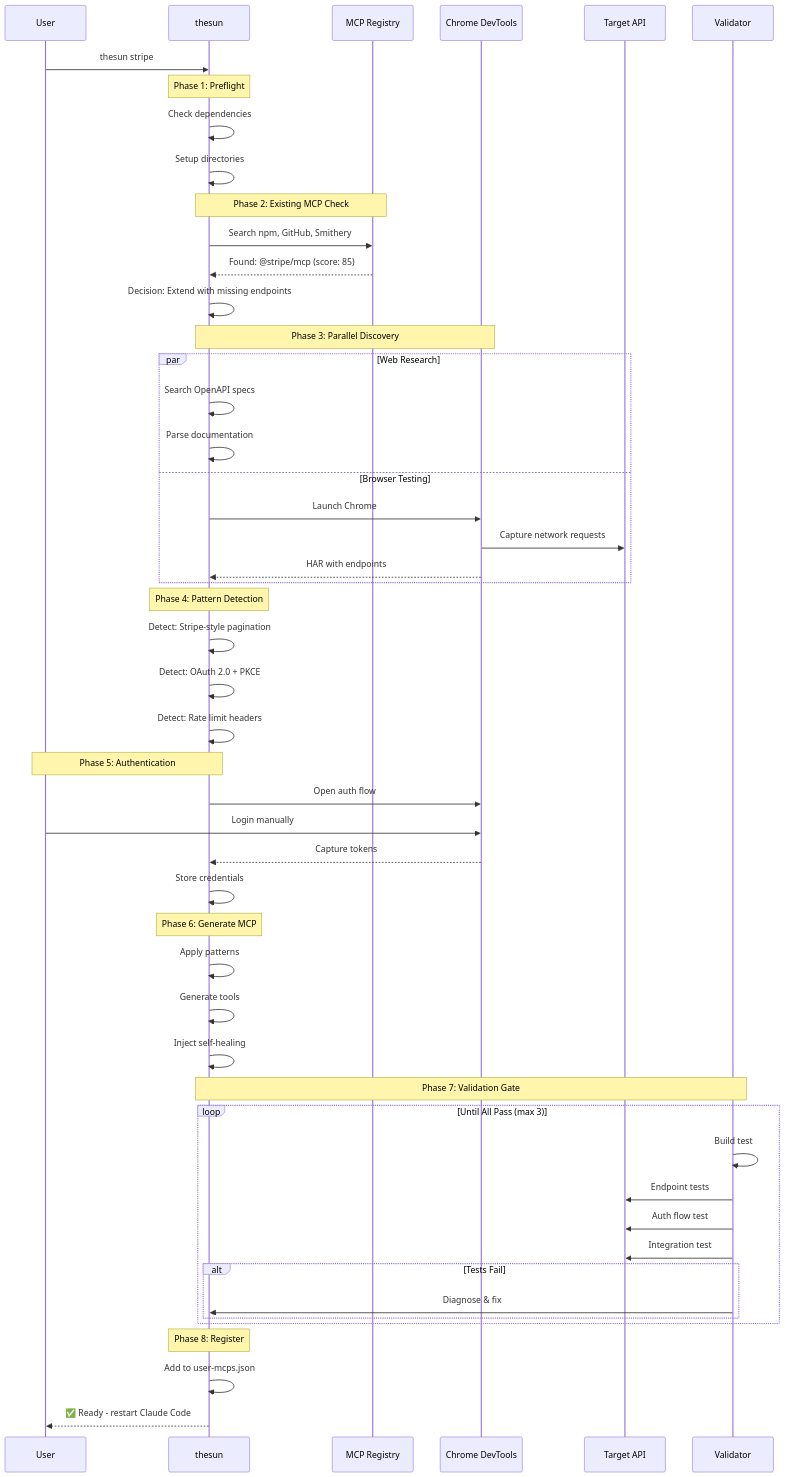
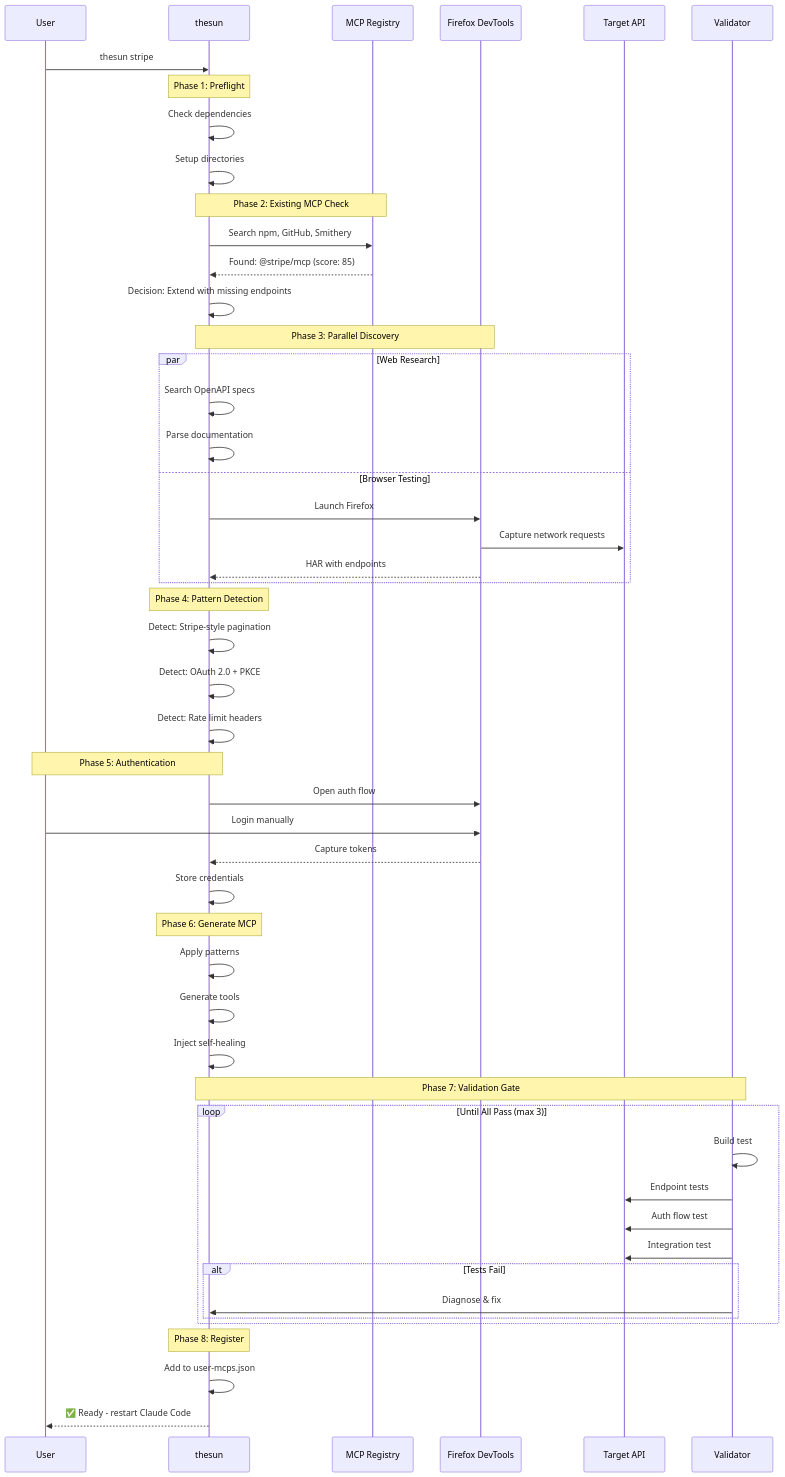
The third of 9 diagrams in README.md (schwarztim/thesun), drawn with Mermaid before and after one commit. The commit also changed other lines of this file and 8 other files, not shown here.

First line of the commit message:
feat: migrate from chrome-devtools-mcp to firefox-devtools-mcp

````diff
--- a/README.md
+++ b/README.md
@@ -239,61 +239,61 @@
 ```mermaid
 sequenceDiagram
     participant User
     participant thesun
     participant Registry as MCP Registry
-    participant Browser as Chrome DevTools
+    participant Browser as Firefox DevTools
     participant API as Target API
     participant Validator
 
     User->>thesun: thesun stripe
 
     Note over thesun: Phase 1: Preflight
     thesun->>thesun: Check dependencies
     thesun->>thesun: Setup directories
 
     Note over thesun,Registry: Phase 2: Existing MCP Check
     thesun->>Registry: Search npm, GitHub, Smithery
     Registry-->>thesun: Found: @stripe/mcp (score: 85)
     thesun->>thesun: Decision: Extend with missing endpoints
 
     Note over thesun,Browser: Phase 3: Parallel Discovery
     par Web Research
         thesun->>thesun: Search OpenAPI specs
         thesun->>thesun: Parse documentation
     and Browser Testing
-        thesun->>Browser: Launch Chrome
+        thesun->>Browser: Launch Firefox
         Browser->>API: Capture network requests
         Browser-->>thesun: HAR with endpoints
     end
 
     Note over thesun: Phase 4: Pattern Detection
     thesun->>thesun: Detect: Stripe-style pagination
     thesun->>thesun: Detect: OAuth 2.0 + PKCE
     thesun->>thesun: Detect: Rate limit headers
 
     Note over thesun,User: Phase 5: Authentication
     thesun->>Browser: Open auth flow
     User->>Browser: Login manually
     Browser-->>thesun: Capture tokens
     thesun->>thesun: Store credentials
 
     Note over thesun: Phase 6: Generate MCP
     thesun->>thesun: Apply patterns
     thesun->>thesun: Generate tools
     thesun->>thesun: Inject self-healing
 
     Note over thesun,Validator: Phase 7: Validation Gate
     loop Until All Pass (max 3)
         Validator->>Validator: Build test
         Validator->>API: Endpoint tests
         Validator->>API: Auth flow test
         Validator->>API: Integration test
         alt Tests Fail
             Validator->>thesun: Diagnose & fix
         end
     end
 
     Note over thesun: Phase 8: Register
     thesun->>thesun: Add to user-mcps.json
     thesun-->>User: ✅ Ready - restart Claude Code
 ```
````
